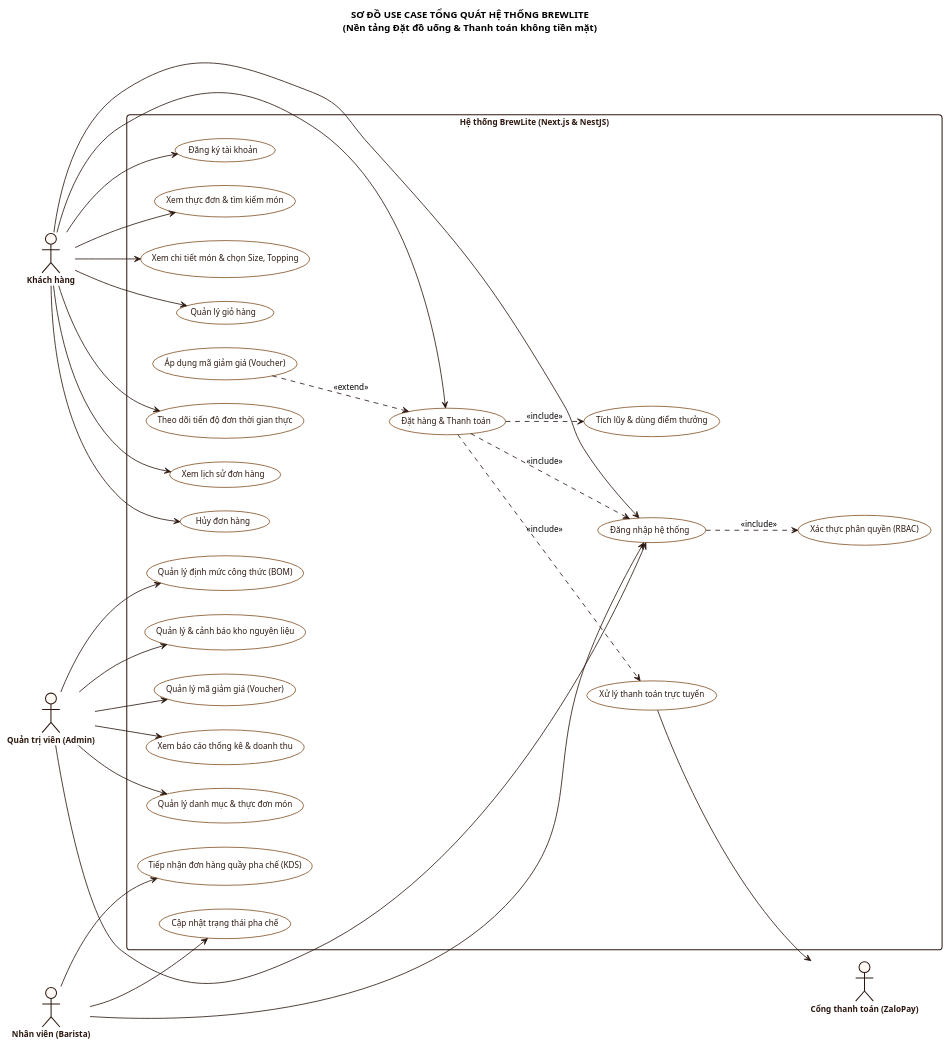
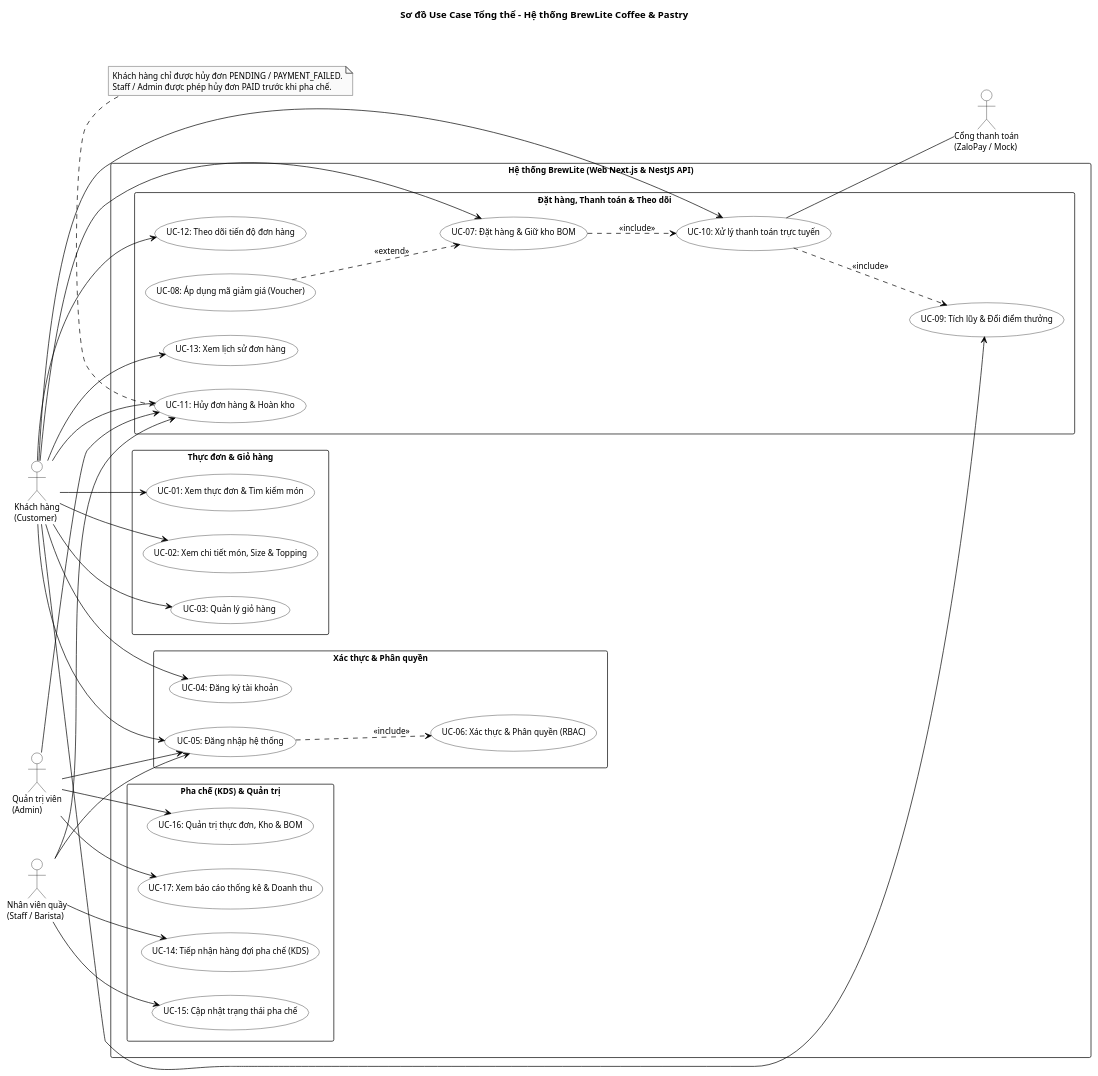
The diagram in docs/diagrams/use-case.puml (MaGiaVy/BrewLite_project), drawn with PlantUML before and after one commit. The commit also changed 37 other files, not shown here.

Commit message:
docs(uml,srs): align all specs/diagrams with codebase, enforce B&W UML, simplify sequence, rename activity_E2E

```diff
--- a/docs/diagrams/use-case.puml
+++ b/docs/diagrams/use-case.puml
@@ -1,124 +1,103 @@
 @startuml
 left to right direction
+skinparam monochrome true
+skinparam shadowing false
+skinparam backgroundColor #FFFFFF
 skinparam defaultFontName "Arial"
 skinparam defaultFontSize 12
-skinparam roundcorner 10
-skinparam shadowing false
-
+skinparam packageStyle rectangle
+skinparam ArrowColor #000000
 skinparam actor {
-    BackgroundColor #FFF9F5
-    BorderColor #2C1810
-    BorderThickness 1.5
-    FontColor #2C1810
-    FontStyle bold
+  BackgroundColor #FFFFFF
+  BorderColor #000000
+  FontColor #000000
+}
+skinparam usecase {
+  BackgroundColor #FFFFFF
+  BorderColor #000000
+  FontColor #000000
+}
+skinparam rectangle {
+  BackgroundColor #FFFFFF
+  BorderColor #000000
+  FontColor #000000
 }
 
-skinparam usecase {
-    BackgroundColor #FFFFFF
-    BorderColor #845326
-    BorderThickness 1.2
-    ArrowColor #2C1810
-    ArrowThickness 1.2
-    FontColor #2C1810
+title Sơ đồ Use Case Tổng thể - Hệ thống BrewLite Coffee & Pastry
+
+actor "Khách hàng\n(Customer)" as Customer
+actor "Nhân viên quầy\n(Staff / Barista)" as Staff
+actor "Quản trị viên\n(Admin)" as Admin
+actor "Cổng thanh toán\n(ZaloPay / Mock)" as Gateway
+
+rectangle "Hệ thống BrewLite (Web Next.js & NestJS API)" {
+  package "Thực đơn & Giỏ hàng" {
+    usecase "UC-01: Xem thực đơn & Tìm kiếm món" as UC01
+    usecase "UC-02: Xem chi tiết món, Size & Topping" as UC02
+    usecase "UC-03: Quản lý giỏ hàng" as UC03
+  }
+
+  package "Xác thực & Phân quyền" {
+    usecase "UC-04: Đăng ký tài khoản" as UC04
+    usecase "UC-05: Đăng nhập hệ thống" as UC05
+    usecase "UC-06: Xác thực & Phân quyền (RBAC)" as UC06
+  }
+
+  package "Đặt hàng, Thanh toán & Theo dõi" {
+    usecase "UC-07: Đặt hàng & Giữ kho BOM" as UC07
+    usecase "UC-08: Áp dụng mã giảm giá (Voucher)" as UC08
+    usecase "UC-09: Tích lũy & Đổi điểm thưởng" as UC09
+    usecase "UC-10: Xử lý thanh toán trực tuyến" as UC10
+    usecase "UC-11: Hủy đơn hàng & Hoàn kho" as UC11
+    usecase "UC-12: Theo dõi tiến độ đơn hàng" as UC12
+    usecase "UC-13: Xem lịch sử đơn hàng" as UC13
+  }
+
+  package "Pha chế (KDS) & Quản trị" {
+    usecase "UC-14: Tiếp nhận hàng đợi pha chế (KDS)" as UC14
+    usecase "UC-15: Cập nhật trạng thái pha chế" as UC15
+    usecase "UC-16: Quản trị thực đơn, Kho & BOM" as UC16
+    usecase "UC-17: Xem báo cáo thống kê & Doanh thu" as UC17
+  }
 }
 
-skinparam rectangle {
-    BackgroundColor #FFFFFF
-    BorderColor #2C1810
-    BorderThickness 1.5
-    FontColor #2C1810
-    FontStyle bold
-}
+' Khách hàng
+Customer --> UC01
+Customer --> UC02
+Customer --> UC03
+Customer --> UC04
+Customer --> UC05
+Customer --> UC07
+Customer --> UC09
+Customer --> UC10
+Customer --> UC11
+Customer --> UC12
+Customer --> UC13
 
-' Thành viên thực hiện: Mã Gia Vỹ (Task 1.2 - Use Case Tổng Quát)
-title SƠ ĐỒ USE CASE TỔNG QUÁT HỆ THỐNG BREWLITE\n(Nền tảng Đặt đồ uống & Thanh toán không tiền mặt)
+' Nhân viên quầy (Barista)
+Staff --> UC05
+Staff --> UC11
+Staff --> UC14
+Staff --> UC15
 
-' ==========================================
-' ACTORS BÊN TRÁI (Khách hàng)
-' ==========================================
-actor "Khách hàng" as Customer
+' Quản trị viên (Admin)
+Admin --> UC05
+Admin --> UC11
+Admin --> UC16
+Admin --> UC17
 
-' ==========================================
-' SYSTEM BOUNDARY
-' ==========================================
-rectangle "Hệ thống BrewLite (Next.js & NestJS)" {
+' Tác nhân ngoài
+UC10 -- Gateway
 
-    ' --- Nhóm Xác thực & Tài khoản ---
-    usecase "Đăng ký tài khoản" as UC_Register
-    usecase "Đăng nhập hệ thống" as UC_Login
-    usecase "Xác thực phân quyền (RBAC)" as UC_RBAC
+' Quan hệ Include / Extend
+UC05 ..> UC06 : <<include>>
+UC08 ..> UC07 : <<extend>>
+UC07 ..> UC10 : <<include>>
+UC10 ..> UC09 : <<include>>
 
-    ' --- Nhóm Khách hàng (Menu, Giỏ hàng, Đặt đơn) ---
-    usecase "Xem thực đơn & tìm kiếm món" as UC_Menu
-    usecase "Xem chi tiết món & chọn Size, Topping" as UC_Detail
-    usecase "Quản lý giỏ hàng" as UC_Cart
-    usecase "Đặt hàng & Thanh toán" as UC_Checkout
-    usecase "Áp dụng mã giảm giá (Voucher)" as UC_Voucher
-    usecase "Tích lũy & dùng điểm thưởng" as UC_Loyalty
-    usecase "Xử lý thanh toán trực tuyến" as UC_Payment
-    usecase "Theo dõi tiến độ đơn thời gian thực" as UC_Track
-    usecase "Xem lịch sử đơn hàng" as UC_History
-    usecase "Hủy đơn hàng" as UC_Cancel
-
-    ' --- Nhóm Quầy pha chế (Staff KDS) ---
-    usecase "Tiếp nhận đơn hàng quầy pha chế (KDS)" as UC_StaffView
-    usecase "Cập nhật trạng thái pha chế" as UC_StaffUpdate
-
-    ' --- Nhóm Quản trị (Admin) ---
-    usecase "Quản lý danh mục & thực đơn món" as UC_AdminMenu
-    usecase "Quản lý định mức công thức (BOM)" as UC_AdminBOM
-    usecase "Quản lý & cảnh báo kho nguyên liệu" as UC_AdminInventory
-    usecase "Quản lý mã giảm giá (Voucher)" as UC_AdminVoucher
-    usecase "Xem báo cáo thống kê & doanh thu" as UC_AdminReport
-
-    ' Quan hệ Include & Extend
-    UC_Login ..> UC_RBAC : <<include>>
-    UC_Checkout ..> UC_Login : <<include>>
-    UC_Checkout ..> UC_Payment : <<include>>
-    UC_Checkout ..> UC_Loyalty : <<include>>
-    UC_Voucher ..> UC_Checkout : <<extend>>
-}
-
-' ==========================================
-' ACTORS BÊN PHẢI (Nhân viên, Quản trị viên, Cổng thanh toán)
-' ==========================================
-actor "Nhân viên (Barista)" as Staff
-actor "Quản trị viên (Admin)" as Admin
-actor "Cổng thanh toán (ZaloPay)" as PaymentGateway
-
-' ==========================================
-' KẾT NỐI KHÁCH HÀNG (BÊN TRÁI)
-' ==========================================
-Customer --> UC_Register
-Customer --> UC_Login
-Customer --> UC_Menu
-Customer --> UC_Detail
-Customer --> UC_Cart
-Customer --> UC_Checkout
-Customer --> UC_Track
-Customer --> UC_History
-Customer --> UC_Cancel
-
-' ==========================================
-' KẾT NỐI NHÂN VIÊN (BÊN PHẢI)
-' ==========================================
-Staff --> UC_Login
-Staff --> UC_StaffView
-Staff --> UC_StaffUpdate
-
-' ==========================================
-' KẾT NỐI QUẢN TRỊ VIÊN (BÊN PHẢI)
-' ==========================================
-Admin --> UC_Login
-Admin --> UC_AdminMenu
-Admin --> UC_AdminBOM
-Admin --> UC_AdminInventory
-Admin --> UC_AdminVoucher
-Admin --> UC_AdminReport
-
-' ==========================================
-' KẾT NỐI CỔNG THANH TOÁN (BÊN PHẢI)
-' ==========================================
-UC_Payment --> PaymentGateway
+note bottom of UC11
+  Khách hàng chỉ được hủy đơn PENDING / PAYMENT_FAILED.
+  Staff / Admin được phép hủy đơn PAID trước khi pha chế.
+end note
 
 @enduml
```
